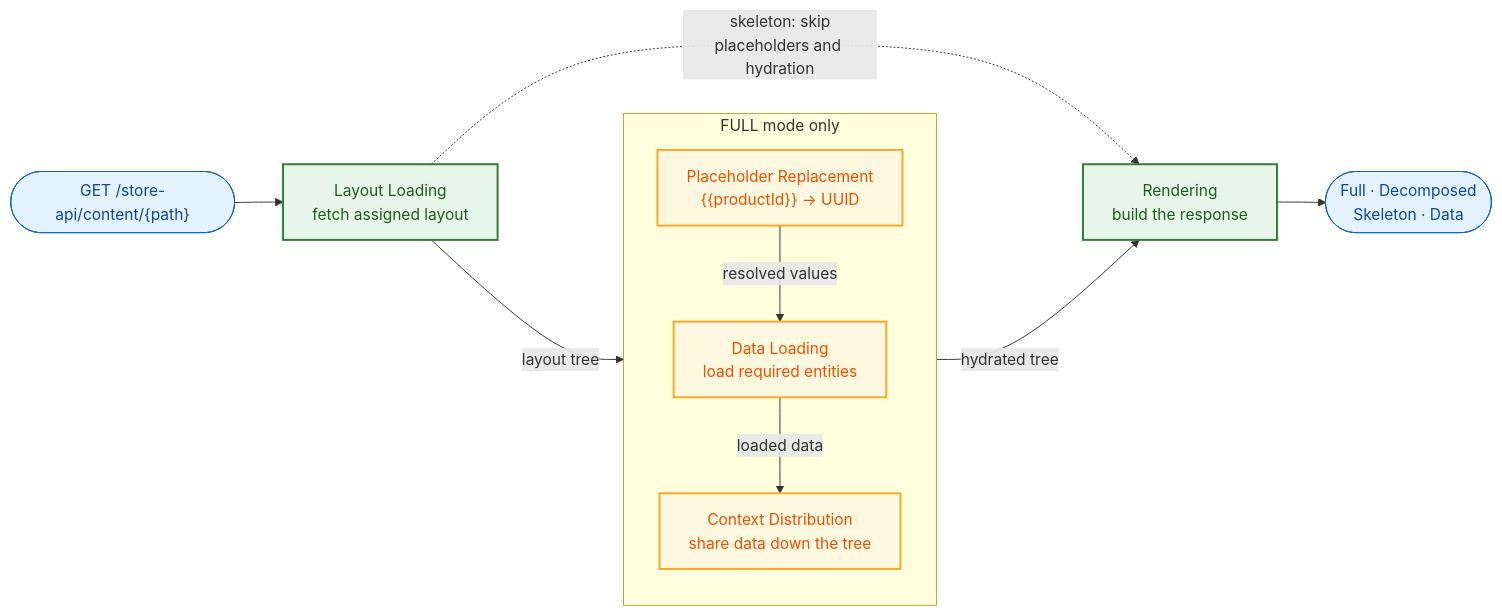
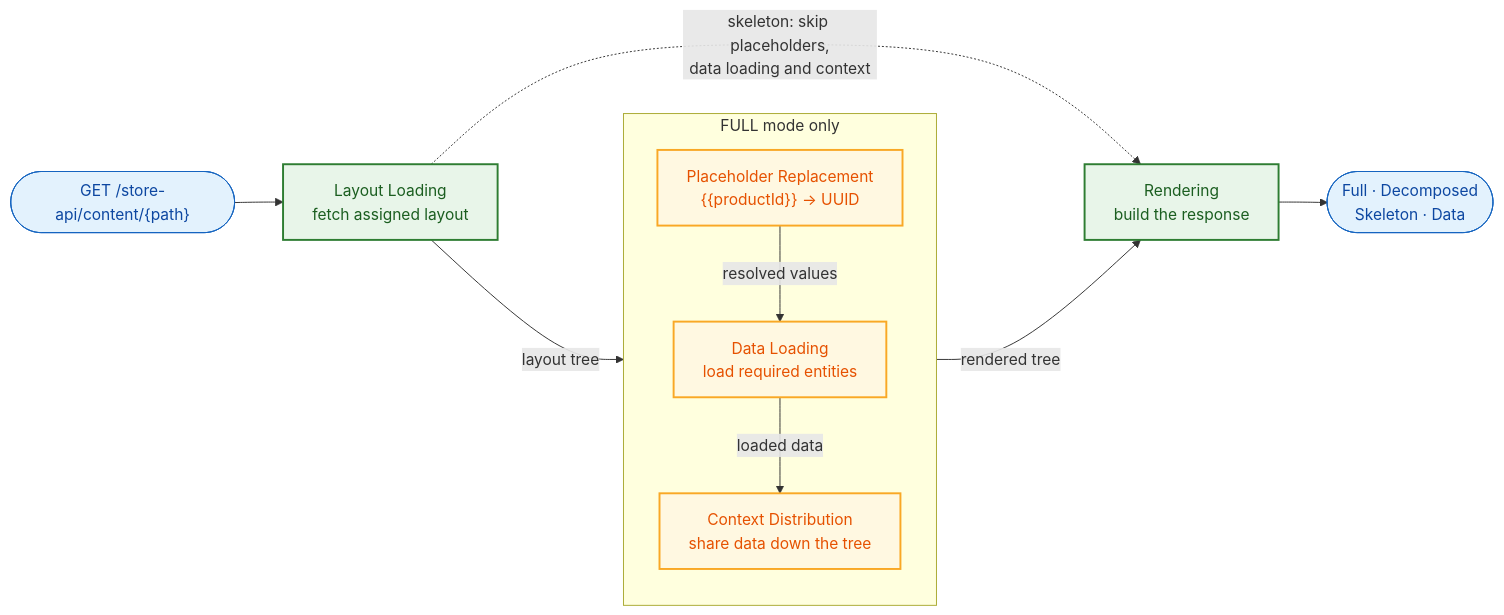
One commit to shopware/shopware changed the diagram in src/Core/Framework/ContentSystem/docs/data-flow.md. Above: the diagram before and after it, drawn with Mermaid. The commit also changed 25 other files, not shown here.

````diff
--- a/src/Core/Framework/ContentSystem/docs/data-flow.md
+++ b/src/Core/Framework/ContentSystem/docs/data-flow.md
@@ -5,30 +5,30 @@
 ```mermaid
 graph LR
     REQ(["GET /store-api/content/{path}"]) --> A
 
     A["Layout Loading<br/>fetch assigned layout"]
 
     subgraph FULLONLY["FULL mode only"]
         direction TB
         B["Placeholder Replacement<br/>{{productId}} → UUID"]
         C["Data Loading<br/>load required entities"]
         D["Context Distribution<br/>share data down the tree"]
         B -- "resolved values" --> C
         C -- "loaded data" --> D
     end
 
     E["Rendering<br/>build the response"]
     RES(["Full · Decomposed<br/>Skeleton · Data"])
 
     A -- "layout tree" --> B
-    D -- "hydrated tree" --> E
+    D -- "rendered tree" --> E
     E --> RES
-    A -. "skeleton: skip<br/>placeholders and hydration" .-> E
+    A -. "skeleton: skip placeholders,<br/>data loading and context" .-> E
 
     classDef io fill:#e3f2fd,stroke:#1565c0,stroke-width:1px,color:#0d47a1
     classDef step fill:#e8f5e9,stroke:#2e7d32,stroke-width:2px,color:#1b5e20
     classDef hydr fill:#fff8e1,stroke:#f9a825,stroke-width:2px,color:#e65100
     class REQ,RES io
     class A,E step
     class B,C,D hydr
 ```
````
